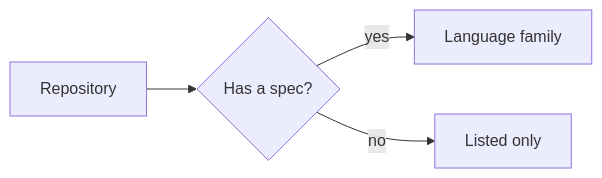
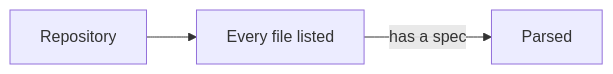
Before and after one commit to gitlabhq/orbit-knowledge-graph: the second of 8 diagrams in docs/pages/engineering/architecture/code-graph.md, drawn with Mermaid. The commit also changed other lines of this file and 8 other files, not shown here.

Commit message:
docs(testing): rewrite the end-to-end page and use banner diagrams

````diff
--- a/docs/pages/engineering/architecture/code-graph.md
+++ b/docs/pages/engineering/architecture/code-graph.md
@@ -41,6 +40,4 @@
 ```mermaid
 flowchart LR
-    Repo[Repository] --> Check{Has a spec?}
-    Check -- yes --> Family[Language family]
-    Check -- no --> Listed[Listed only]
+    Repo[Repository] --> Listed[Every file listed] -- has a spec --> Parsed
 ```
````
